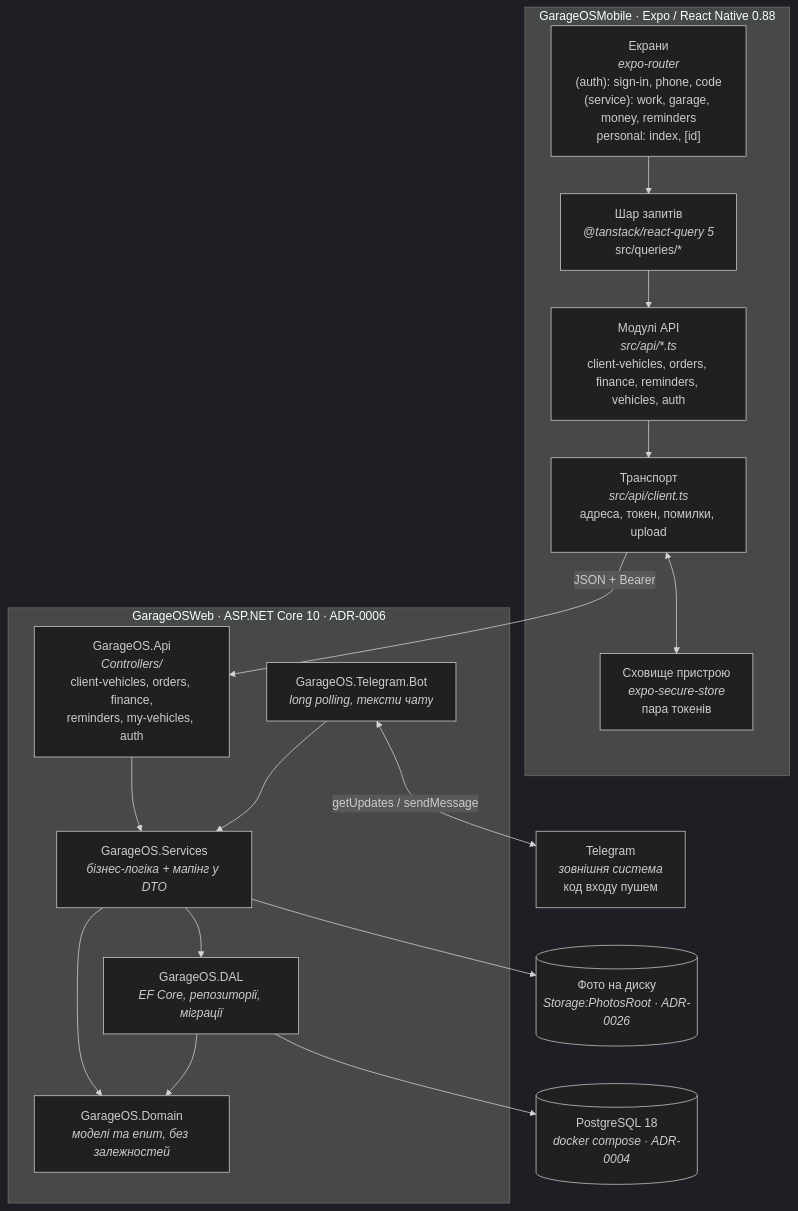
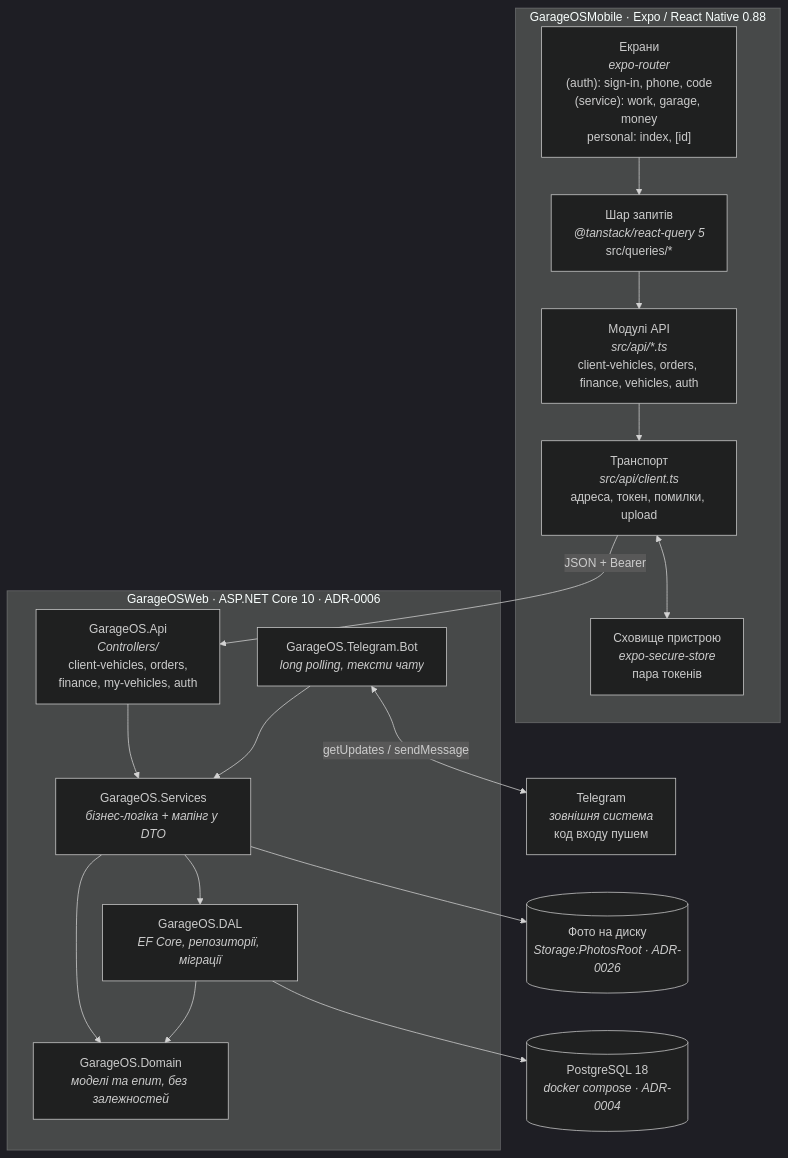
Before and after one commit to maksymkrat/GarageOS: the diagram in docs/atlas/01-containers.md, drawn with Mermaid (dark theme). The commit also changed other lines of this file and 38 other files, not shown here.

Commit message:
repo: drop reminders from the client, the API and the database

````diff
--- a/docs/atlas/01-containers.md
+++ b/docs/atlas/01-containers.md
@@ -5,36 +5,36 @@
 ```mermaid
 flowchart TB
     subgraph client["GarageOSMobile · Expo / React Native 0.88"]
-        screens["Екрани<br/><i>expo-router</i><br/>(auth): sign-in, phone, code<br/>(service): work, garage, money, reminders<br/>personal: index, [id]"]
+        screens["Екрани<br/><i>expo-router</i><br/>(auth): sign-in, phone, code<br/>(service): work, garage, money<br/>personal: index, [id]"]
         queries["Шар запитів<br/><i>@tanstack/react-query 5</i><br/>src/queries/*"]
-        apimod["Модулі API<br/><i>src/api/*.ts</i><br/>client-vehicles, orders, finance, reminders, vehicles, auth"]
+        apimod["Модулі API<br/><i>src/api/*.ts</i><br/>client-vehicles, orders, finance, vehicles, auth"]
         http["Транспорт<br/><i>src/api/client.ts</i><br/>адреса, токен, помилки, upload"]
         store["Сховище пристрою<br/><i>expo-secure-store</i><br/>пара токенів"]
     end
 
     subgraph server["GarageOSWeb · ASP.NET Core 10 · ADR-0006"]
-        ctrl["GarageOS.Api<br/><i>Controllers/</i><br/>client-vehicles, orders, finance,<br/>reminders, my-vehicles, auth"]
+        ctrl["GarageOS.Api<br/><i>Controllers/</i><br/>client-vehicles, orders,<br/>finance, my-vehicles, auth"]
         svc["GarageOS.Services<br/><i>бізнес-логіка + мапінг у DTO</i>"]
         dom["GarageOS.Domain<br/><i>моделі та enum, без залежностей</i>"]
         data["GarageOS.DAL<br/><i>EF Core, репозиторії, міграції</i>"]
         bot["GarageOS.Telegram.Bot<br/><i>long polling, тексти чату</i>"]
     end
 
     db[("PostgreSQL 18<br/><i>docker compose · ADR-0004</i>")]
     photos[("Фото на диску<br/><i>Storage:PhotosRoot · ADR-0026</i>")]
     tg["Telegram<br/><i>зовнішня система</i><br/>код входу пушем"]
 
     screens --> queries
     queries --> apimod
     apimod --> http
     http -->|JSON + Bearer| ctrl
     http <--> store
     ctrl --> svc
     svc --> data
     svc --> dom
     svc --> photos
     bot --> svc
     bot <-->|getUpdates / sendMessage| tg
     data --> dom
     data --> db
 ```
````
